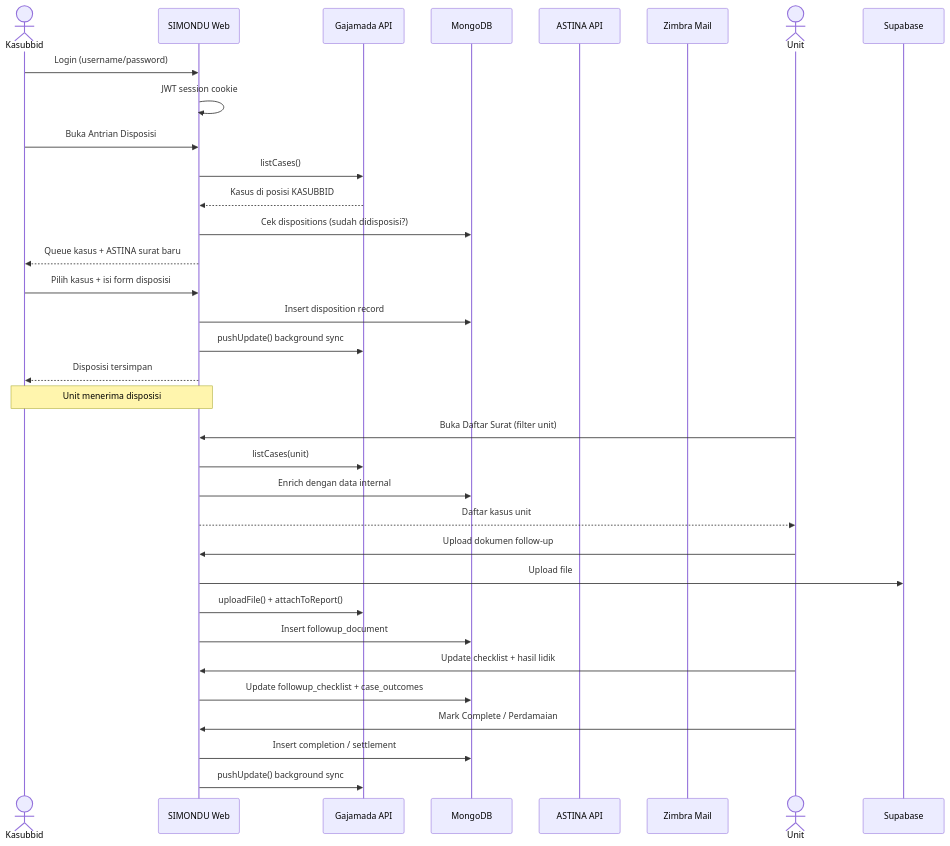
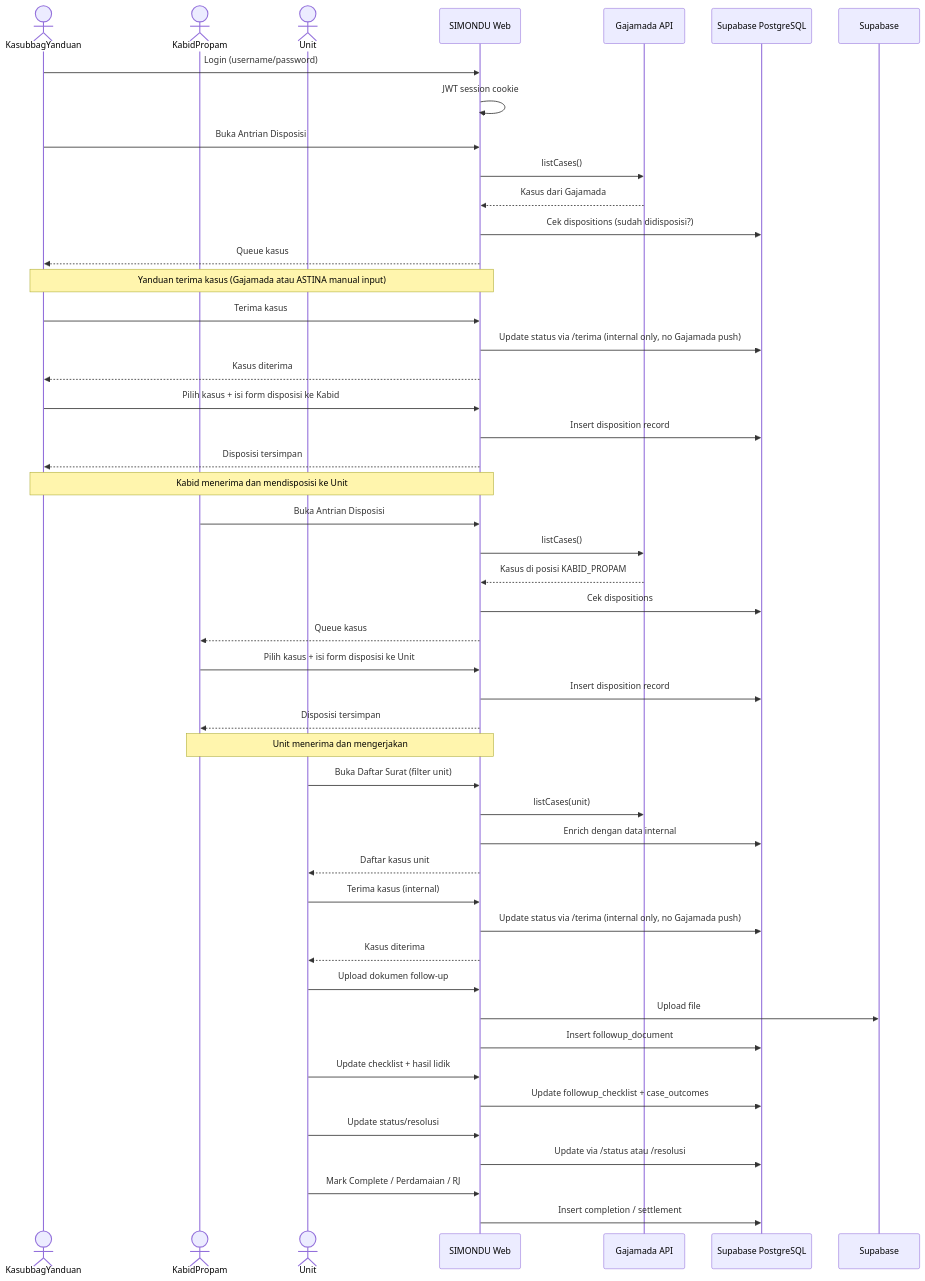
One commit to Kilodash/SIMONDU_WEB changed the first of 4 diagrams in brain/flow.md. Above: the diagram before and after it, drawn with Mermaid. The commit also changed other lines of this file and 22 other files, not shown here.

First line of the commit message:
feat: migrate to new Polda Jabar 3-bucket status model + unit sync from Gajamada

````diff
--- a/brain/flow.md
+++ b/brain/flow.md
@@ -12,43 +14,64 @@
 ```mermaid
 sequenceDiagram
-    actor Kasubbid
+    actor KasubbagYanduan
+    actor KabidPropam
+    actor Unit
     participant SIMONDU as SIMONDU Web
     participant Gajamada as Gajamada API
-    participant DB as MongoDB
-    participant ASTINA as ASTINA API
-    participant Zimbra as Zimbra Mail
+    participant DB as Supabase PostgreSQL
 
-    Kasubbid->>SIMONDU: Login (username/password)
+    KasubbagYanduan->>SIMONDU: Login (username/password)
     SIMONDU->>SIMONDU: JWT session cookie
 
-    Kasubbid->>SIMONDU: Buka Antrian Disposisi
+    KasubbagYanduan->>SIMONDU: Buka Antrian Disposisi
     SIMONDU->>Gajamada: listCases()
-    Gajamada-->>SIMONDU: Kasus di posisi KASUBBID
+    Gajamada-->>SIMONDU: Kasus dari Gajamada
     SIMONDU->>DB: Cek dispositions (sudah didisposisi?)
-    SIMONDU-->>Kasubbid: Queue kasus + ASTINA surat baru
+    SIMONDU-->>KasubbagYanduan: Queue kasus
 
-    Kasubbid->>SIMONDU: Pilih kasus + isi form disposisi
+    Note over KasubbagYanduan,SIMONDU: Yanduan terima kasus (Gajamada atau ASTINA manual input)
+
+    KasubbagYanduan->>SIMONDU: Terima kasus
+    SIMONDU->>DB: Update status via /terima (internal only, no Gajamada push)
+    SIMONDU-->>KasubbagYanduan: Kasus diterima
+
+    KasubbagYanduan->>SIMONDU: Pilih kasus + isi form disposisi ke Kabid
     SIMONDU->>DB: Insert disposition record
-    SIMONDU->>Gajamada: pushUpdate() background sync
-    SIMONDU-->>Kasubbid: Disposisi tersimpan
+    SIMONDU-->>KasubbagYanduan: Disposisi tersimpan
 
-    Note over Kasubbid,SIMONDU: Unit menerima disposisi
+    Note over KasubbagYanduan,SIMONDU: Kabid menerima dan mendisposisi ke Unit
 
-    actor Unit
+    KabidPropam->>SIMONDU: Buka Antrian Disposisi
+    SIMONDU->>Gajamada: listCases()
+    Gajamada-->>SIMONDU: Kasus di posisi KABID_PROPAM
+    SIMONDU->>DB: Cek dispositions
+    SIMONDU-->>KabidPropam: Queue kasus
+
+    KabidPropam->>SIMONDU: Pilih kasus + isi form disposisi ke Unit
+    SIMONDU->>DB: Insert disposition record
+    SIMONDU-->>KabidPropam: Disposisi tersimpan
+
+    Note over KabidPropam,SIMONDU: Unit menerima dan mengerjakan
+
     Unit->>SIMONDU: Buka Daftar Surat (filter unit)
     SIMONDU->>Gajamada: listCases(unit)
     SIMONDU->>DB: Enrich dengan data internal
     SIMONDU-->>Unit: Daftar kasus unit
 
+    Unit->>SIMONDU: Terima kasus (internal)
+    SIMONDU->>DB: Update status via /terima (internal only, no Gajamada push)
+    SIMONDU-->>Unit: Kasus diterima
+
     Unit->>SIMONDU: Upload dokumen follow-up
     SIMONDU->>Supabase: Upload file
-    SIMONDU->>Gajamada: uploadFile() + attachToReport()
     SIMONDU->>DB: Insert followup_document
 
     Unit->>SIMONDU: Update checklist + hasil lidik
     SIMONDU->>DB: Update followup_checklist + case_outcomes
 
-    Unit->>SIMONDU: Mark Complete / Perdamaian
+    Unit->>SIMONDU: Update status/resolusi
+    SIMONDU->>DB: Update via /status atau /resolusi
+
+    Unit->>SIMONDU: Mark Complete / Perdamaian / RJ
     SIMONDU->>DB: Insert completion / settlement
-    SIMONDU->>Gajamada: pushUpdate() background sync
 ```
````
